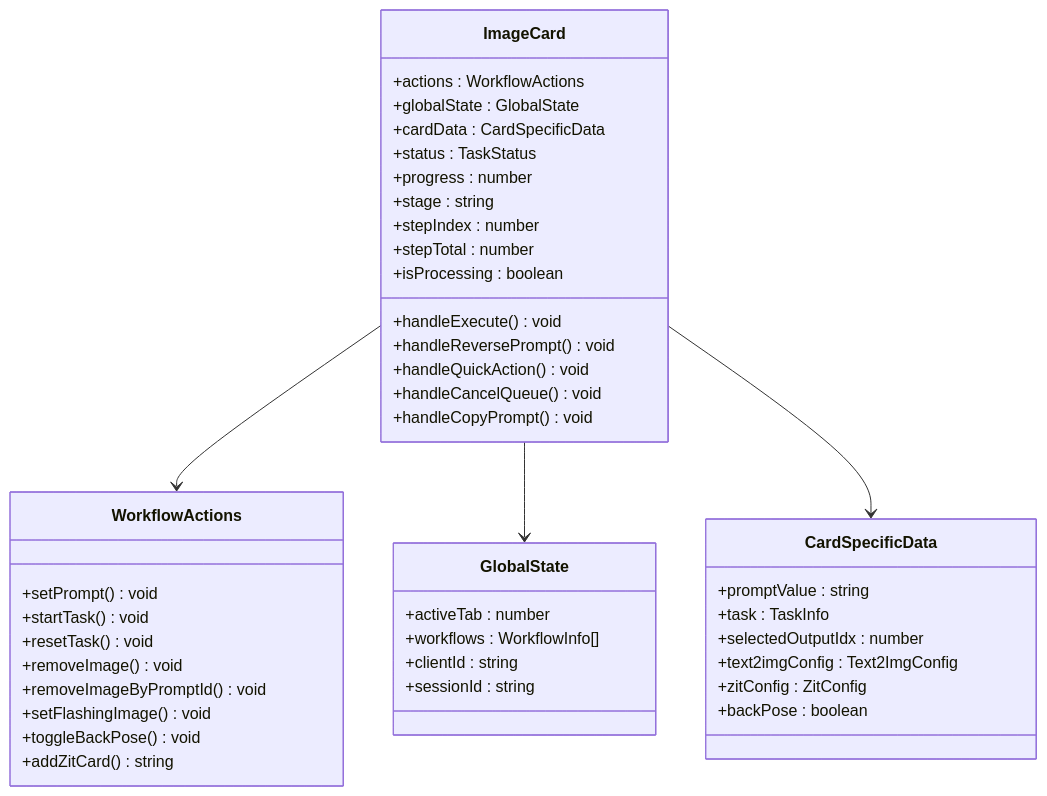
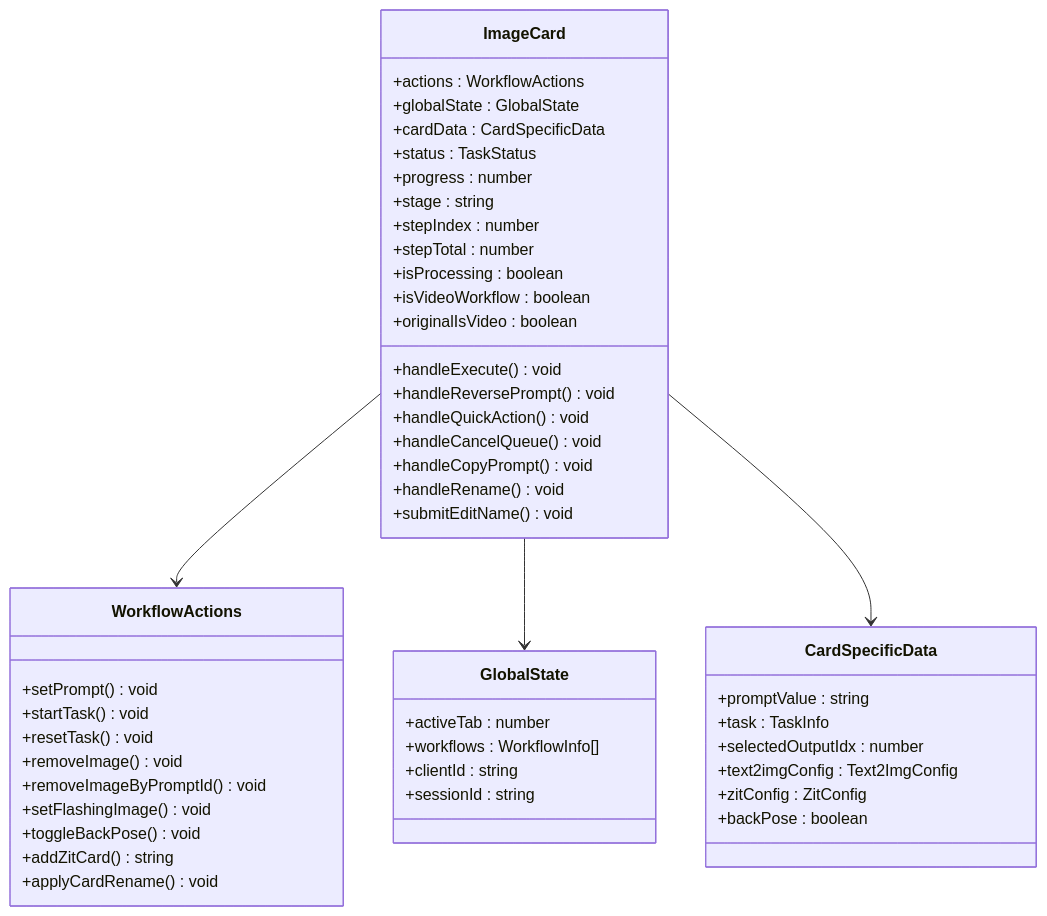
Before and after one commit to billye220670/CorineKit_Pix2Real: the third of 11 diagrams in .qoder/repowiki/zh/content/用户界面组件/核心界面组件/图片卡片组件 (ImageCard)/图片卡片组件 (ImageCard).md, drawn with Mermaid. The commit also changed other lines of this file and 11 other files, not shown here.

````diff
--- a/.qoder/repowiki/zh/content/用户界面组件/核心界面组件/图片卡片组件 (ImageCard)/图片卡片组件 (ImageCard).md
+++ b/.qoder/repowiki/zh/content/用户界面组件/核心界面组件/图片卡片组件 (ImageCard)/图片卡片组件 (ImageCard).md
@@ -193,46 +222,51 @@
 ```mermaid
 classDiagram
 class ImageCard {
 +actions : WorkflowActions
 +globalState : GlobalState
 +cardData : CardSpecificData
 +status : TaskStatus
 +progress : number
 +stage : string
 +stepIndex : number
 +stepTotal : number
 +isProcessing : boolean
++isVideoWorkflow : boolean
++originalIsVideo : boolean
 +handleExecute() void
 +handleReversePrompt() void
 +handleQuickAction() void
 +handleCancelQueue() void
 +handleCopyPrompt() void
++handleRename() void
++submitEditName() void
 }
 class WorkflowActions {
 +setPrompt() void
 +startTask() void
 +resetTask() void
 +removeImage() void
 +removeImageByPromptId() void
 +setFlashingImage() void
 +toggleBackPose() void
 +addZitCard() string
++applyCardRename() void
 }
 class GlobalState {
 +activeTab : number
 +workflows : WorkflowInfo[]
 +clientId : string
 +sessionId : string
 }
 class CardSpecificData {
 +promptValue : string
 +task : TaskInfo
 +selectedOutputIdx : number
 +text2imgConfig : Text2ImgConfig
 +zitConfig : ZitConfig
 +backPose : boolean
 }
 ImageCard --> WorkflowActions
 ImageCard --> GlobalState
 ImageCard --> CardSpecificData
 ```
````
